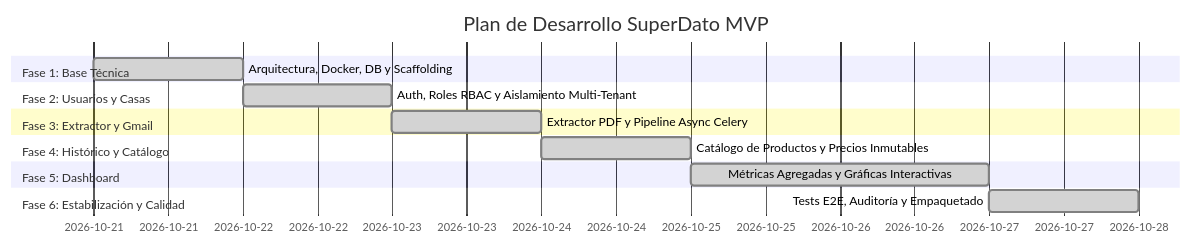
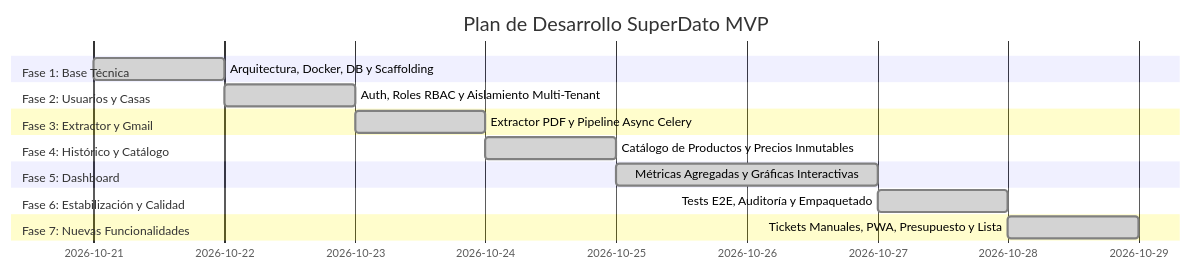
One commit to martin05mlg/SuperDato changed the diagram in docs/05_PLAN_DE_ENTREGAS_Y_PROGRESO.md. Above: the diagram before and after it, drawn with Mermaid. The commit also changed other lines of this file and 31 other files, not shown here.

````diff
--- a/docs/05_PLAN_DE_ENTREGAS_Y_PROGRESO.md
+++ b/docs/05_PLAN_DE_ENTREGAS_Y_PROGRESO.md
@@ -7,17 +7,19 @@
 ```mermaid
 gantt
     title Plan de Desarrollo SuperDato MVP
     dateFormat  YYYY-MM-DD
     section Fase 1: Base Técnica
     Arquitectura, Docker, DB y Scaffolding     :done,    p1, 2026-10-21, 1d
     section Fase 2: Usuarios y Casas
     Auth, Roles RBAC y Aislamiento Multi-Tenant:done,    p2, after p1, 1d
     section Fase 3: Extractor y Gmail
     Extractor PDF y Pipeline Async Celery      :done,    p3, after p2, 1d
     section Fase 4: Histórico y Catálogo
     Catálogo de Productos y Precios Inmutables :done,    p4, after p3, 1d
     section Fase 5: Dashboard
     Métricas Agregadas y Gráficas Interactivas :done,    p5, after p4, 2d
     section Fase 6: Estabilización y Calidad
     Tests E2E, Auditoría y Empaquetado         :done,    p6, after p5, 1d
+    section Fase 7: Nuevas Funcionalidades
+    Tickets Manuales, PWA, Presupuesto y Lista :done,    p7, after p6, 1d
 ```
````
